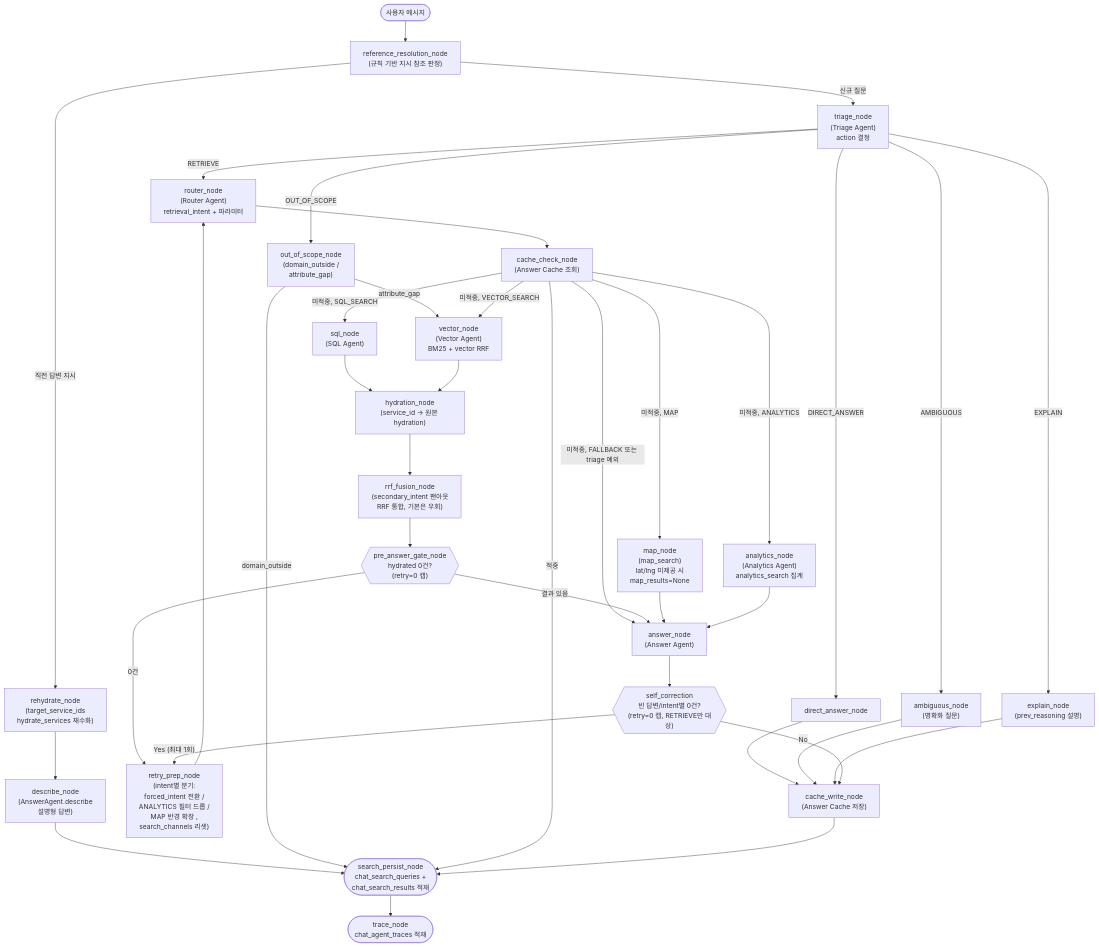
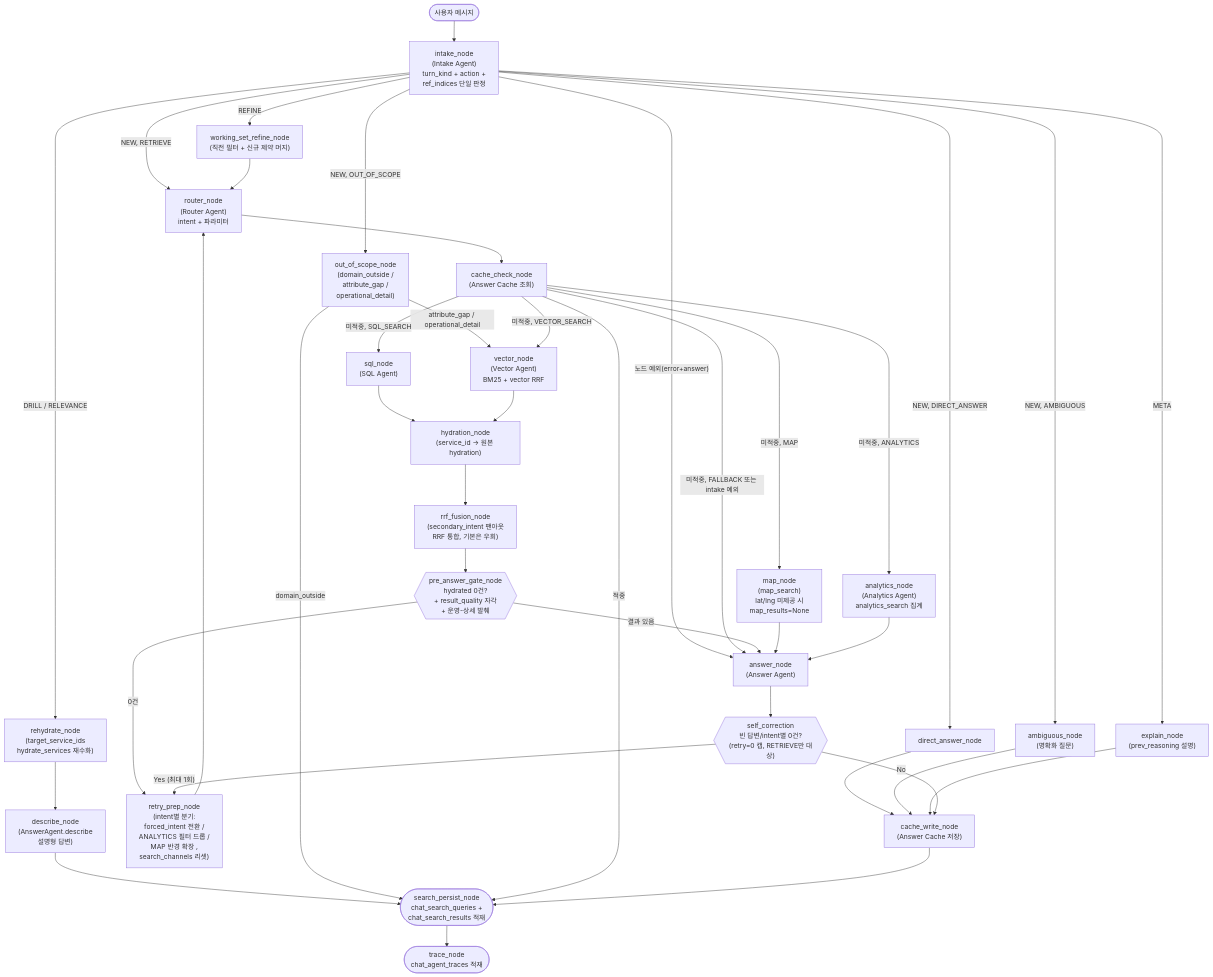
Before and after one commit to f-lab-edu/on-seoul: the diagram in on-seoul-agent/docs/ai-agent-design.md, drawn with Mermaid. The commit also changed other lines of this file, not shown here.

First line of the commit message:
docs(agent): ai-agent-design 문서를 현재 구현과 동기화

````diff
--- a/on-seoul-agent/docs/ai-agent-design.md
+++ b/on-seoul-agent/docs/ai-agent-design.md
@@ -21,70 +21,75 @@
 ```mermaid
 flowchart TD
     START(["사용자 메시지"])
-    REF["reference_resolution_node<br/>(규칙 기반 지시 참조 판정)"]
+    INTAKE["intake_node<br/>(Intake Agent)<br/>turn_kind + action +<br/>ref_indices 단일 판정"]
+    WSREFINE["working_set_refine_node<br/>(직전 필터 + 신규 제약 머지)"]
     REHYDRATE["rehydrate_node<br/>(target_service_ids<br/>hydrate_services 재수화)"]
     DESCRIBE["describe_node<br/>(AnswerAgent.describe<br/>설명형 답변)"]
-    TRIAGE["triage_node<br/>(Triage Agent)<br/>action 결정"]
-    ROUTER["router_node<br/>(Router Agent)<br/>retrieval_intent + 파라미터"]
+    ROUTER["router_node<br/>(Router Agent)<br/>intent + 파라미터"]
     DIRECT["direct_answer_node"]
     AMBIG["ambiguous_node<br/>(명확화 질문)"]
-    OOS["out_of_scope_node<br/>(domain_outside /<br/>attribute_gap)"]
+    OOS["out_of_scope_node<br/>(domain_outside /<br/>attribute_gap /<br/>operational_detail)"]
     EXPLAIN["explain_node<br/>(prev_reasoning 설명)"]
     CACHE_CHECK["cache_check_node<br/>(Answer Cache 조회)"]
     SQL["sql_node<br/>(SQL Agent)"]
     VECTOR["vector_node<br/>(Vector Agent)<br/>BM25 + vector RRF"]
     MAP["map_node<br/>(map_search)<br/>lat/lng 미제공 시<br/>map_results=None"]
     ANALYTICS["analytics_node<br/>(Analytics Agent)<br/>analytics_search 집계"]
     HYDRATION["hydration_node<br/>(service_id → 원본 hydration)"]
     RRF["rrf_fusion_node<br/>(secondary_intent 팬아웃<br/>RRF 통합, 기본은 우회)"]
-    GATE{{"pre_answer_gate_node<br/>hydrated 0건?<br/>(retry=0 캡)"}}
+    GATE{{"pre_answer_gate_node<br/>hydrated 0건?<br/>+ result_quality 자각<br/>+ 운영-상세 발췌"}}
     ANSWER["answer_node<br/>(Answer Agent)"]
     SELF_CORR{{"self_correction<br/>빈 답변/intent별 0건?<br/>(retry=0 캡, RETRIEVE만 대상)"}}
     RETRY_PREP["retry_prep_node<br/>(intent별 분기:<br/>forced_intent 전환 /<br/>ANALYTICS 필터 드롭 /<br/>MAP 반경 확장 , <br/>search_channels 리셋)"]
     CACHE_WRITE["cache_write_node<br/>(Answer Cache 저장)"]
     SEARCH_PERSIST(["search_persist_node<br/>chat_search_queries +<br/>chat_search_results 적재"])
     TRACE(["trace_node<br/>chat_agent_traces 적재"])
 
-    START --> REF
-    REF -- "직전 답변 지시" --> REHYDRATE
-    REF -- "신규 질문" --> TRIAGE
+    START --> INTAKE
+
+    INTAKE -- "REFINE" --> WSREFINE
+    INTAKE -- "DRILL / RELEVANCE" --> REHYDRATE
+    INTAKE -- "META" --> EXPLAIN
+    INTAKE -- "NEW, RETRIEVE" --> ROUTER
+    INTAKE -- "NEW, DIRECT_ANSWER" --> DIRECT
+    INTAKE -- "NEW, AMBIGUOUS" --> AMBIG
+    INTAKE -- "NEW, OUT_OF_SCOPE" --> OOS
+    INTAKE -- "노드 예외(error+answer)" --> ANSWER
+
+    WSREFINE --> ROUTER
+
     REHYDRATE --> DESCRIBE
     DESCRIBE --> SEARCH_PERSIST
 
-    TRIAGE -- "RETRIEVE" --> ROUTER
     ROUTER --> CACHE_CHECK
-    TRIAGE -- "DIRECT_ANSWER" --> DIRECT
-    TRIAGE -- "AMBIGUOUS" --> AMBIG
-    TRIAGE -- "OUT_OF_SCOPE" --> OOS
-    TRIAGE -- "EXPLAIN" --> EXPLAIN
 
-    OOS -- "attribute_gap" --> VECTOR
+    OOS -- "attribute_gap / operational_detail" --> VECTOR
     OOS -- "domain_outside" --> SEARCH_PERSIST
 
     CACHE_CHECK -- "적중" --> SEARCH_PERSIST
     CACHE_CHECK -- "미적중, SQL_SEARCH" --> SQL
     CACHE_CHECK -- "미적중, VECTOR_SEARCH" --> VECTOR
     CACHE_CHECK -- "미적중, MAP" --> MAP
     CACHE_CHECK -- "미적중, ANALYTICS" --> ANALYTICS
-    CACHE_CHECK -- "미적중, FALLBACK 또는 triage 예외" --> ANSWER
+    CACHE_CHECK -- "미적중, FALLBACK 또는 intake 예외" --> ANSWER
 
     SQL --> HYDRATION
     VECTOR --> HYDRATION
     HYDRATION --> RRF
     RRF --> GATE
     GATE -- "결과 있음" --> ANSWER
     GATE -- "0건" --> RETRY_PREP
     MAP --> ANSWER
     ANALYTICS --> ANSWER
 
     DIRECT --> CACHE_WRITE
     AMBIG --> CACHE_WRITE
     EXPLAIN --> CACHE_WRITE
 
     ANSWER --> SELF_CORR
     SELF_CORR -- "Yes (최대 1회)" --> RETRY_PREP
     RETRY_PREP --> ROUTER
     SELF_CORR -- "No" --> CACHE_WRITE
     CACHE_WRITE --> SEARCH_PERSIST
     SEARCH_PERSIST --> TRACE
 ```
````
